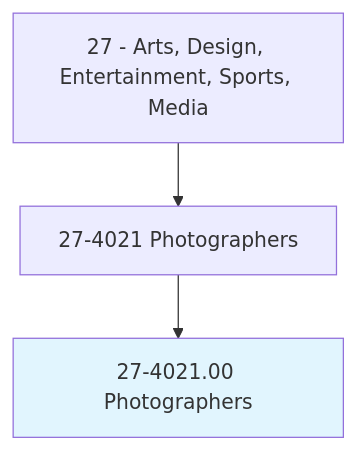
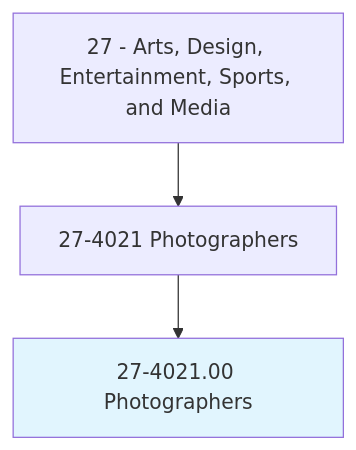
One commit to kziemski/business.org.ai changed the first of 4 diagrams in occupations/ArtsMedia/Photographers.mdx. Above: the diagram before and after it, drawn with Mermaid. The commit also changed other lines of this file and 938 other files, not shown here.

````diff
--- a/occupations/ArtsMedia/Photographers.mdx
+++ b/occupations/ArtsMedia/Photographers.mdx
@@ -19,6 +23,6 @@
 ```mermaid
 graph TD
-    Cat27["27 - Arts, Design, Entertainment, Sports, Media"] --> Group274021["27-4021 Photographers"]
+    Cat27["27 - Arts, Design, Entertainment, Sports, and Media"] --> Group274021["27-4021 Photographers"]
     Group274021 --> Current["27-4021.00 Photographers"]
     style Current fill:#e1f5fe
 ```
````
